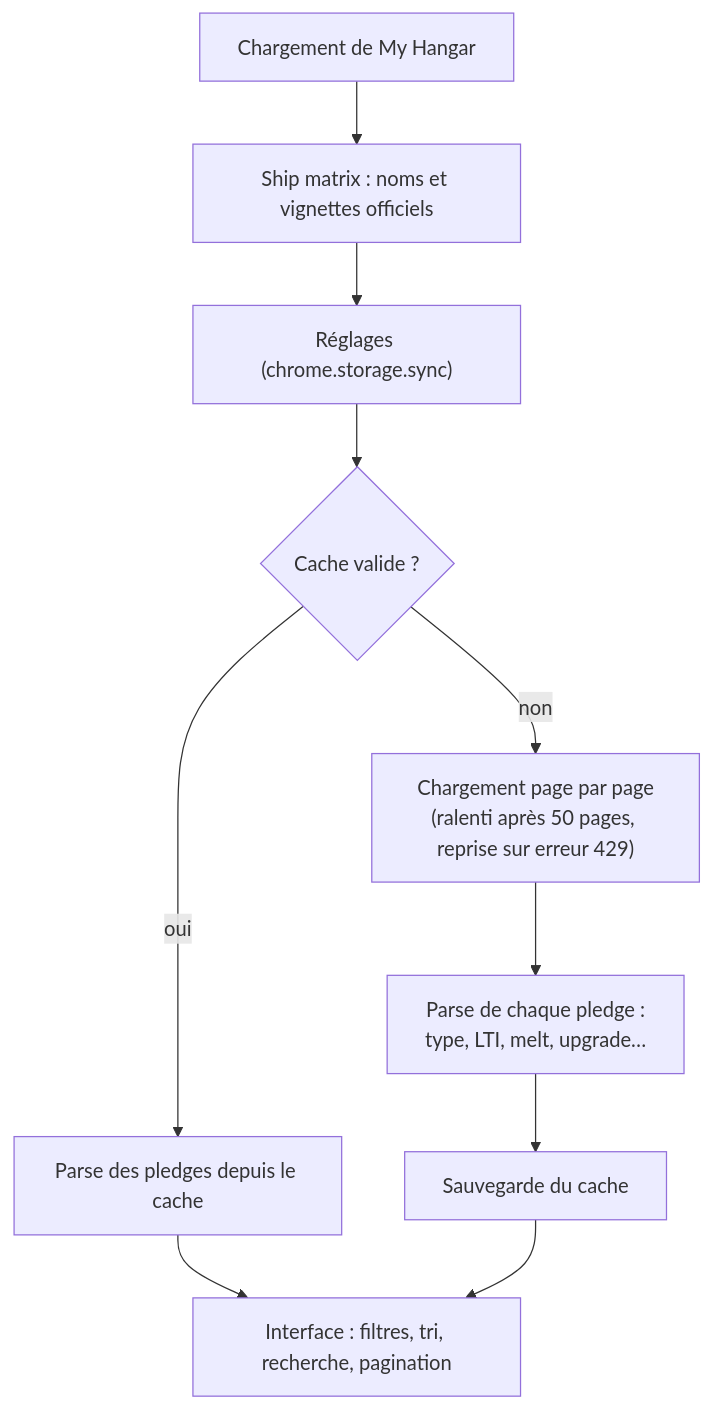
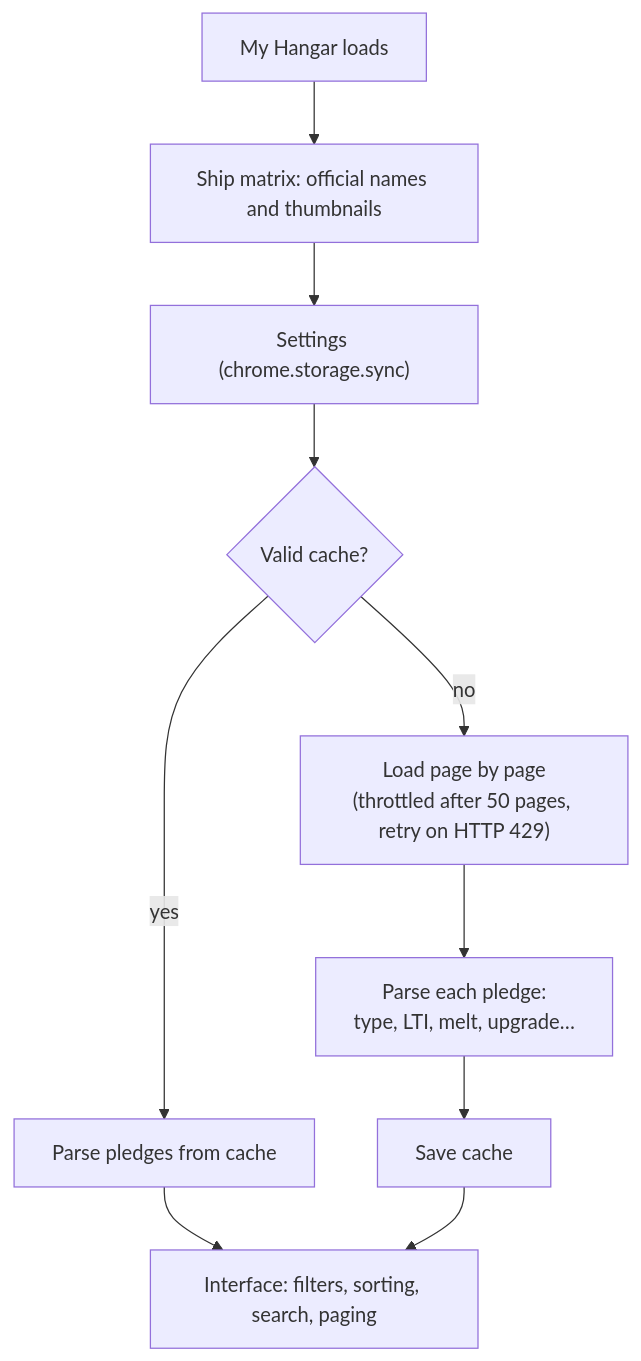
One commit to Sckriva/HangarXPLOR changed the fourth of 4 diagrams in README.md. Above: the diagram before and after it, drawn with Mermaid. The commit also changed other lines of this file and 1 other file, not shown here.

````diff
--- a/README.md
+++ b/README.md
@@ -262,12 +279,12 @@
 ```mermaid
 flowchart TD
-    A["Chargement de My Hangar"] --> B["Ship matrix : noms et vignettes officiels"]
-    B --> C["Réglages (chrome.storage.sync)"]
-    C --> D{"Cache valide ?"}
-    D -- oui --> E["Parse des pledges depuis le cache"]
-    D -- non --> F["Chargement page par page<br/>(ralenti après 50 pages, reprise sur erreur 429)"]
-    F --> G["Parse de chaque pledge :<br/>type, LTI, melt, upgrade…"]
-    G --> H["Sauvegarde du cache"]
-    E --> I["Interface : filtres, tri, recherche, pagination"]
+    A["My Hangar loads"] --> B["Ship matrix: official names and thumbnails"]
+    B --> C["Settings (chrome.storage.sync)"]
+    C --> D{"Valid cache?"}
+    D -- yes --> E["Parse pledges from cache"]
+    D -- no --> F["Load page by page<br/>(throttled after 50 pages, retry on HTTP 429)"]
+    F --> G["Parse each pledge:<br/>type, LTI, melt, upgrade…"]
+    G --> H["Save cache"]
+    E --> I["Interface: filters, sorting, search, paging"]
     H --> I
 ```
````
